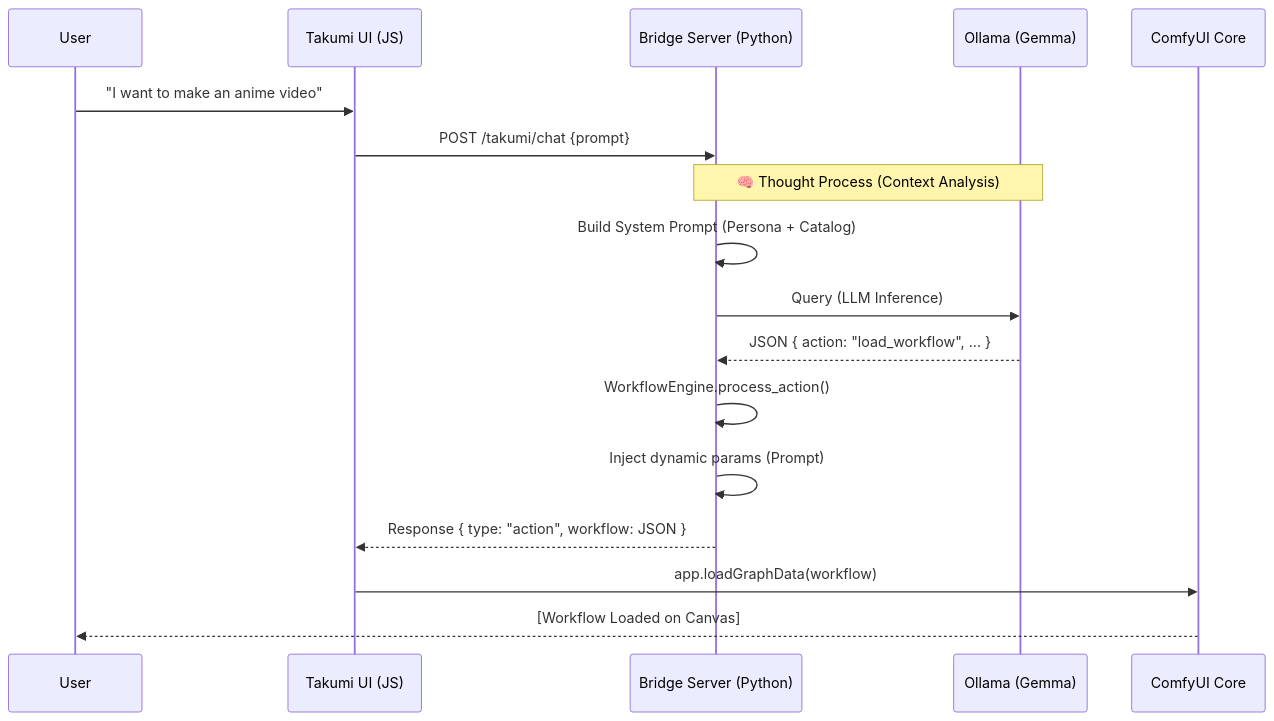
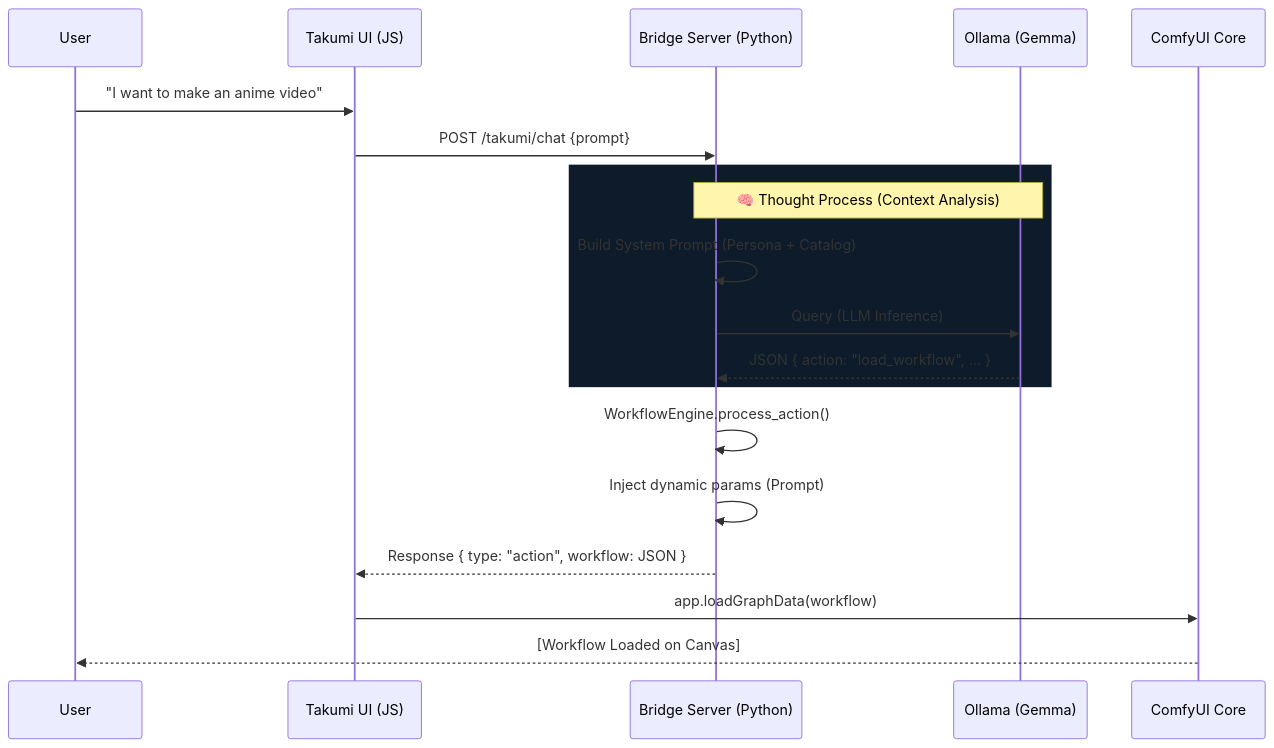
One commit to roguelikeCode/takumi-comfyui-advisor changed the third of 4 diagrams in architecture.md. Above: the diagram before and after it, drawn with Mermaid. The commit also changed other lines of this file, not shown here.

Commit message:
chore(architecture.md): fix mermaid colors for github visibility

````diff
--- a/architecture.md
+++ b/architecture.md
@@ -129,27 +128,29 @@
 ```mermaid
 sequenceDiagram
     %% --- Configuration ---
     participant User
     participant UI as Takumi UI (JS)
     participant Server as Bridge Server (Python)
     participant AI as Ollama (Gemma)
     participant Comfy as ComfyUI Core
 
     User->>UI: "I want to make an anime video"
     UI->>Server: POST /takumi/chat {prompt}
     
     %% Takumi's Brain Process
-    %% Using Note instead of rect ensures text is readable on all themes
-    Note over Server, AI: 🧠 Thought Process (Context Analysis)
-    
-    Server->>Server: Build System Prompt (Persona + Catalog)
-    Server->>AI: Query (LLM Inference)
-    AI-->>Server: JSON { action: "load_workflow", ... }
+    %% Fixed: Combine Dark Rect (Scope) with Note (Readability)
+    rect rgb(13, 27, 42)
+        Note over Server, AI: 🧠 Thought Process (Context Analysis)
+        
+        Server->>Server: Build System Prompt (Persona + Catalog)
+        Server->>AI: Query (LLM Inference)
+        AI-->>Server: JSON { action: "load_workflow", ... }
+    end
     
     Server->>Server: WorkflowEngine.process_action()
     Server->>Server: Inject dynamic params (Prompt)
     
     Server-->>UI: Response { type: "action", workflow: JSON }
     UI->>Comfy: app.loadGraphData(workflow)
     Comfy-->>User: [Workflow Loaded on Canvas]
 ```
````
